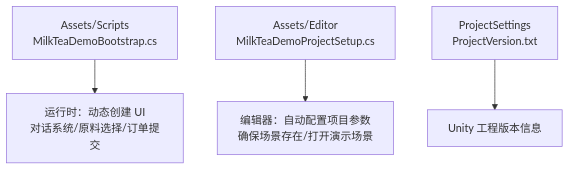
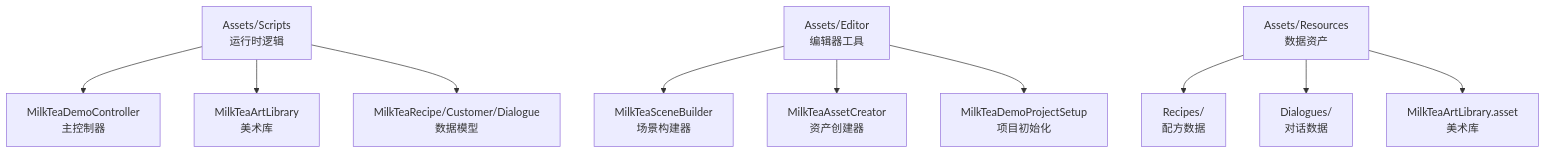
Before and after one commit to Thanatos42/-demo: the first of 6 diagrams in .qoder/repowiki/zh/content/项目概述.md, drawn with Mermaid. The commit also changed other lines of this file and 16 other files, not shown here.

````diff
--- a/.qoder/repowiki/zh/content/项目概述.md
+++ b/.qoder/repowiki/zh/content/项目概述.md
@@ -34,6 +51,12 @@
 ```mermaid
 graph TB
-A["Assets/Scripts<br/>MilkTeaDemoBootstrap.cs"] --> B["运行时：动态创建 UI<br/>对话系统/原料选择/订单提交"]
-C["Assets/Editor<br/>MilkTeaDemoProjectSetup.cs"] --> D["编辑器：自动配置项目参数<br/>确保场景存在/打开演示场景"]
-E["ProjectSettings<br/>ProjectVersion.txt"] --> F["Unity 工程版本信息"]
+A["Assets/Scripts<br/>运行时逻辑"] --> B["MilkTeaDemoController<br/>主控制器"]
+A --> C["MilkTeaArtLibrary<br/>美术库"]
+A --> D["MilkTeaRecipe/Customer/Dialogue<br/>数据模型"]
+E["Assets/Editor<br/>编辑器工具"] --> F["MilkTeaSceneBuilder<br/>场景构建器"]
+E --> G["MilkTeaAssetCreator<br/>资产创建器"]
+E --> H["MilkTeaDemoProjectSetup<br/>项目初始化"]
+I["Assets/Resources<br/>数据资产"] --> J["Recipes/<br/>配方数据"]
+I --> K["Dialogues/<br/>对话数据"]
+I --> L["MilkTeaArtLibrary.asset<br/>美术库"]
 ```
````
